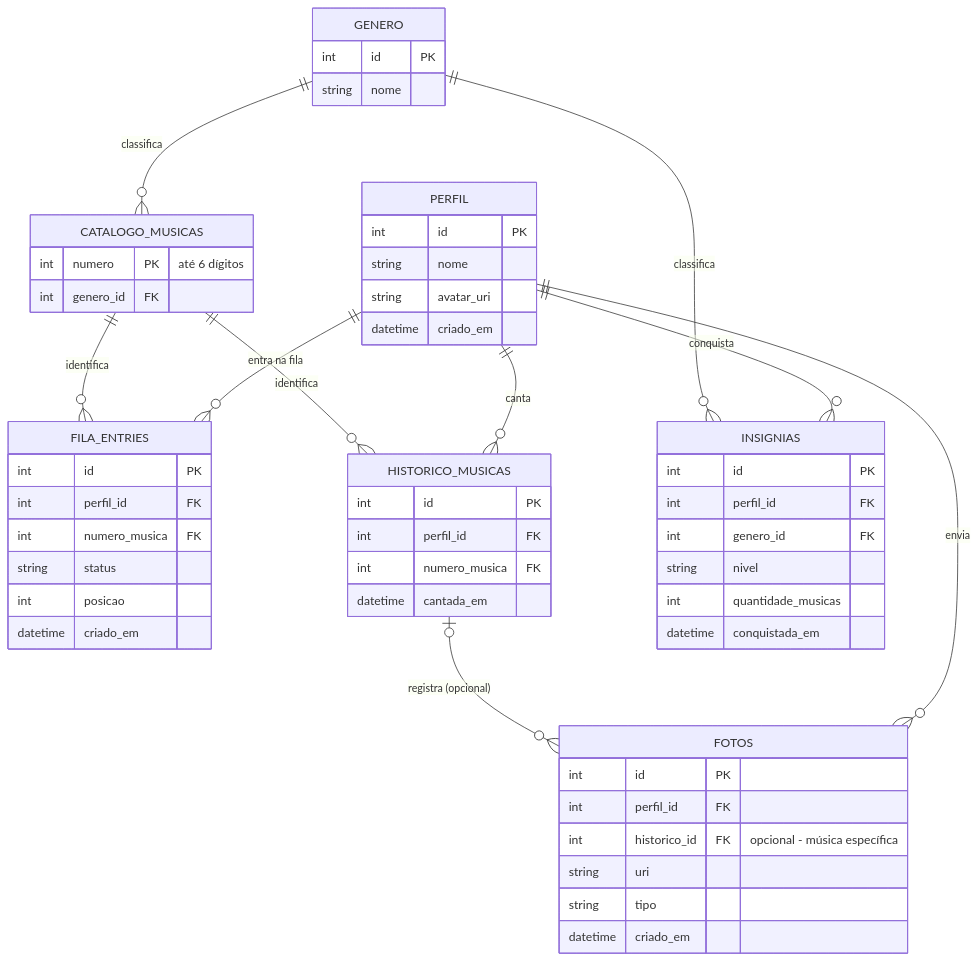
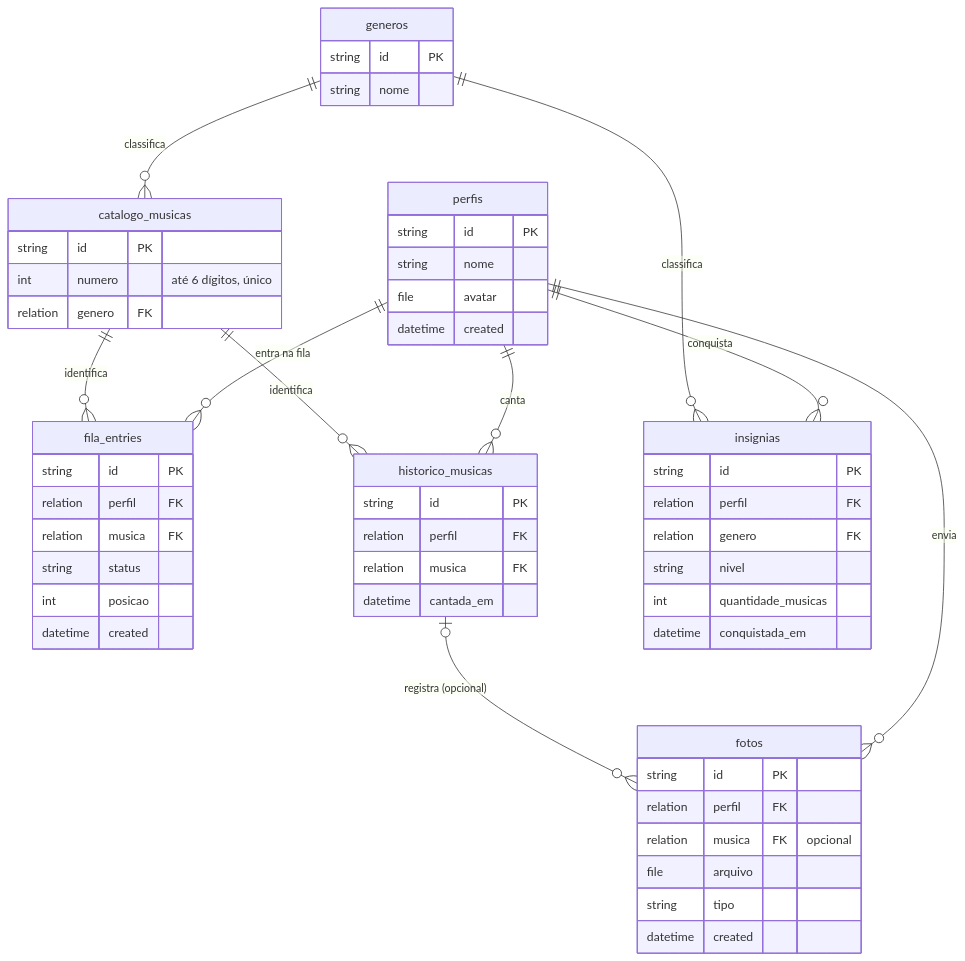
Before and after one commit to william-wv/app-julius: the diagram in README.md, drawn with Mermaid. The commit also changed other lines of this file, not shown here.

Commit message:
docs: troca banco de SQLite local para PocketBase remoto

````diff
--- a/README.md
+++ b/README.md
@@ -42,57 +49,58 @@
 ```mermaid
 erDiagram
-    PERFIL ||--o{ FILA_ENTRIES : "entra na fila"
-    PERFIL ||--o{ HISTORICO_MUSICAS : "canta"
-    PERFIL ||--o{ INSIGNIAS : "conquista"
-    PERFIL ||--o{ FOTOS : "envia"
-    CATALOGO_MUSICAS ||--o{ FILA_ENTRIES : "identifica"
-    CATALOGO_MUSICAS ||--o{ HISTORICO_MUSICAS : "identifica"
-    HISTORICO_MUSICAS |o--o{ FOTOS : "registra (opcional)"
-    GENERO ||--o{ CATALOGO_MUSICAS : "classifica"
-    GENERO ||--o{ INSIGNIAS : "classifica"
+    perfis ||--o{ fila_entries : "entra na fila"
+    perfis ||--o{ historico_musicas : "canta"
+    perfis ||--o{ insignias : "conquista"
+    perfis ||--o{ fotos : "envia"
+    catalogo_musicas ||--o{ fila_entries : "identifica"
+    catalogo_musicas ||--o{ historico_musicas : "identifica"
+    historico_musicas |o--o{ fotos : "registra (opcional)"
+    generos ||--o{ catalogo_musicas : "classifica"
+    generos ||--o{ insignias : "classifica"
 
-    PERFIL {
-        int id PK
+    perfis {
+        string id PK
         string nome
-        string avatar_uri
-        datetime criado_em
+        file avatar
+        datetime created
     }
-    GENERO {
-        int id PK
+    generos {
+        string id PK
         string nome
     }
-    CATALOGO_MUSICAS {
-        int numero PK "até 6 dígitos"
-        int genero_id FK
+    catalogo_musicas {
+        string id PK
+        int numero "até 6 dígitos, único"
+        relation genero FK
     }
-    FILA_ENTRIES {
-        int id PK
-        int perfil_id FK
-        int numero_musica FK
+    fila_entries {
+        string id PK
+        relation perfil FK
+        relation musica FK
         string status
         int posicao
-        datetime criado_em
+        datetime created
     }
-    HISTORICO_MUSICAS {
-        int id PK
-        int perfil_id FK
-        int numero_musica FK
+    historico_musicas {
+        string id PK
+        relation perfil FK
+        relation musica FK
         datetime cantada_em
     }
-    INSIGNIAS {
-        int id PK
-        int perfil_id FK
-        int genero_id FK
+    insignias {
+        string id PK
+        relation perfil FK
+        relation genero FK
         string nivel
         int quantidade_musicas
         datetime conquistada_em
     }
-    FOTOS {
-        int id PK
-        int perfil_id FK
-        int historico_id FK "opcional - música específica"
-        string uri
+    fotos {
+        string id PK
+        relation perfil FK
+        relation musica FK "opcional"
+        file arquivo
         string tipo
-        datetime criado_em
+        datetime created
     }
 ```
````
